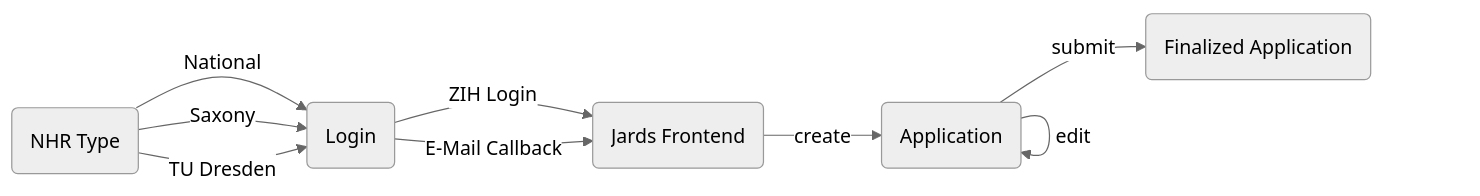
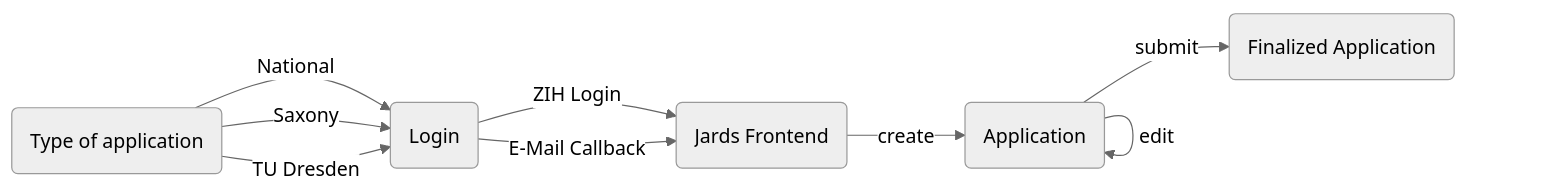
Before and after one commit to Servideska/HPC: the diagram in doc.zih.tu-dresden.de/docs/application/project_request_form_jards.md, drawn with Mermaid (neutral theme). The commit also changed other lines of this file, not shown here.

````diff
--- a/doc.zih.tu-dresden.de/docs/application/project_request_form_jards.md
+++ b/doc.zih.tu-dresden.de/docs/application/project_request_form_jards.md
@@ -19,21 +21,21 @@
-``` mermaid
-graph LR
-A(NHR Type) --> |National| B(Login);
-A --> |Saxony| B;
-A --> |TU Dresden| B;
-B --> |ZIH Login| H(Jards Frontend);
-B --> |E-Mail Callback| H;
-J --> |show| J;
-J--> |copy| J;
-H --> |create| J(Application);
-J --> |edit| J;
-J --> | submit | L(Finalized Application);
+  ``` mermaid
+  graph LR
+    A(Type of application) --> |National| B(Login);
+    A --> |Saxony| B;
+    A --> |TU Dresden| B;
+    B --> |ZIH Login| H(Jards Frontend);
+    B --> |E-Mail Callback| H;
+    J --> |show| J;
+    J--> |copy| J;
+    H --> |create| J(Application);
+    J --> |edit| J;
+    J --> | submit | L(Finalized Application);
 
-click A href "http://localhost:8000/application/project_request_form_jards/#application-type" _self;
-click E href "http://localhost:8000/application/project_request_form_jards/#nhr" _self;
-click F href "http://localhost:8000/application/project_request_form_jards/#saxony" _self;
-click G href "http://localhost:8000/application/project_request_form_jards/#tu-dresden" _self;
-click B href "http://localhost:8000/application/project_request_form_jards/#login" _self;
-click C href "http://localhost:8000/application/project_request_form_jards/#with-tu-dresden-idm-account" _self;
-click D href "http://localhost:8000/application/project_request_form_jards/#with-tu-dresden-idm-account" _self;
-```
+    click A href "http://localhost:8000/application/project_request_form_jards/#application-type" _self;
+    click E href "http://localhost:8000/application/project_request_form_jards/#nhr" _self;
+    click F href "http://localhost:8000/application/project_request_form_jards/#saxony" _self;
+    click G href "http://localhost:8000/application/project_request_form_jards/#tu-dresden" _self;
+    click B href "http://localhost:8000/application/project_request_form_jards/#login" _self;
+    click C href "http://localhost:8000/application/project_request_form_jards/#with-tu-dresden-idm-account" _self;
+    click D href "http://localhost:8000/application/project_request_form_jards/#with-tu-dresden-idm-account" _self;
+  ```
````
